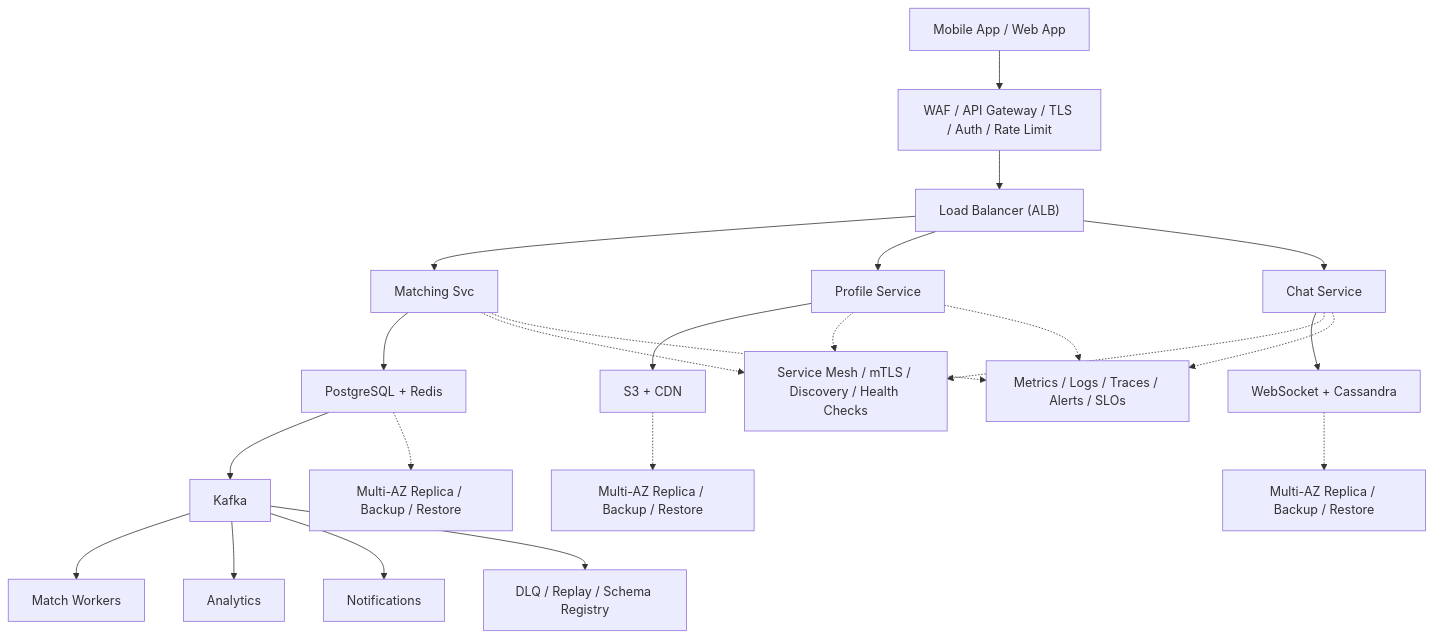
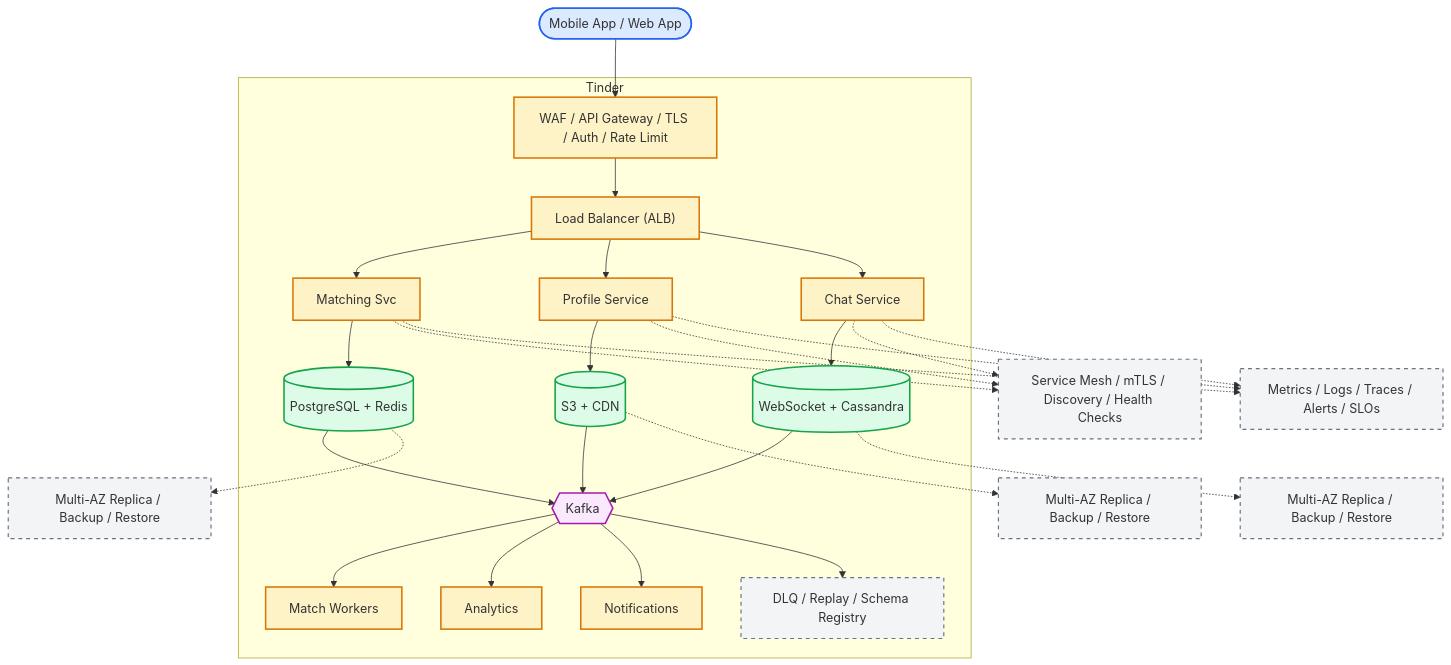
One commit to aishwary11/system-design changed the diagram in system-design-tinder.md. Above: the diagram before and after it, drawn with Mermaid. The commit also changed other lines of this file and 36 other files, not shown here.

First line of the commit message:
Standardize all diagrams on C4-style Mermaid template

````diff
--- a/system-design-tinder.md
+++ b/system-design-tinder.md
@@ -44,25 +44,65 @@
 ```mermaid
 flowchart TB
-    clients["Mobile App / Web App"] --> edge["WAF / API Gateway / TLS / Auth / Rate Limit"]
-    edge --> lb["Load Balancer (ALB)"]
-    lb --> svc0["Matching Svc"]
-    lb --> svc1["Profile Service"]
-    lb --> svc2["Chat Service"]
-    svc0 --> store0["PostgreSQL + Redis"]
-    svc1 --> store1["S3 + CDN"]
-    svc2 --> store2["WebSocket + Cassandra"]
-    store0 --> stream["Kafka"]
-    stream --> worker0["Match Workers"]
-    stream --> worker1["Analytics"]
-    stream --> worker2["Notifications"]
-    svc0 -.-> platform["Service Mesh / mTLS / Discovery / Health Checks"]
-    svc1 -.-> platform
-    svc2 -.-> platform
-    store0 -.-> backup0["Multi-AZ Replica / Backup / Restore"]
-    store1 -.-> backup1["Multi-AZ Replica / Backup / Restore"]
-    store2 -.-> backup2["Multi-AZ Replica / Backup / Restore"]
-    stream --> dlq["DLQ / Replay / Schema Registry"]
-    svc0 -.-> ops["Metrics / Logs / Traces / Alerts / SLOs"]
+    %% Actors (people)
+    clients(["Mobile App / Web App"])
+
+    %% System boundary - containers owned by the platform
+    subgraph platform["Tinder"]
+        edge["WAF / API Gateway / TLS / Auth / Rate Limit"]
+        lb["Load Balancer (ALB)"]
+        svc0["Matching Svc"]
+        svc1["Profile Service"]
+        svc2["Chat Service"]
+        store0[("PostgreSQL + Redis")]
+        store1[("S3 + CDN")]
+        store2[("WebSocket + Cassandra")]
+        stream{{"Kafka"}}
+        worker0["Match Workers"]
+        worker1["Analytics"]
+        worker2["Notifications"]
+        dlq["DLQ / Replay / Schema Registry"]
+    end
+
+    %% Cross-cutting control plane (dashed edges)
+    mesh["Service Mesh / mTLS / Discovery / Health Checks"]
+    ops["Metrics / Logs / Traces / Alerts / SLOs"]
+    backup0["Multi-AZ Replica / Backup / Restore"]
+    backup1["Multi-AZ Replica / Backup / Restore"]
+    backup2["Multi-AZ Replica / Backup / Restore"]
+
+    clients --> edge
+    edge --> lb
+    lb --> svc0
+    lb --> svc1
+    lb --> svc2
+    svc0 --> store0
+    svc1 --> store1
+    svc2 --> store2
+    store0 --> stream
+    store1 --> stream
+    store2 --> stream
+    stream --> worker0
+    stream --> worker1
+    stream --> worker2
+    stream --> dlq
+    svc0 -.-> mesh
+    svc1 -.-> mesh
+    svc2 -.-> mesh
+    svc0 -.-> ops
     svc1 -.-> ops
     svc2 -.-> ops
+    store0 -.-> backup0
+    store1 -.-> backup1
+    store2 -.-> backup2
+
+    classDef actor fill:#dbeafe,stroke:#2563eb,stroke-width:2px
+    classDef service fill:#fef3c7,stroke:#d97706,stroke-width:2px
+    classDef store fill:#dcfce7,stroke:#16a34a,stroke-width:2px
+    classDef broker fill:#fae8ff,stroke:#a21caf,stroke-width:2px
+    classDef control fill:#f3f4f6,stroke:#6b7280,stroke-width:1.5px,stroke-dasharray:5 5
+    class clients actor
+    class edge,lb,svc0,svc1,svc2,worker0,worker1,worker2 service
+    class store0,store1,store2 store
+    class stream broker
+    class dlq,mesh,ops,backup0,backup1,backup2 control
 ```
````
